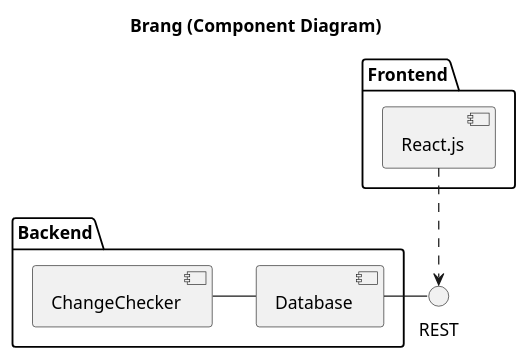
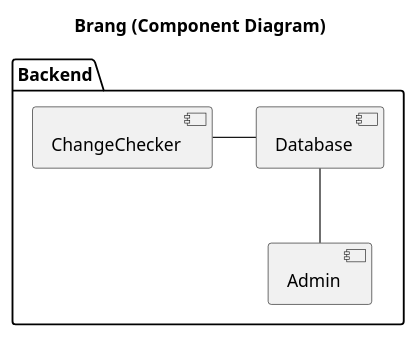
Before and after one commit to DirkSchaefer/brang: the diagram in docs/plant_uml_files/component_diagram.puml, drawn with PlantUML. The commit also changed 11 other files, not shown here.

```diff
--- a/docs/plant_uml_files/component_diagram.puml
+++ b/docs/plant_uml_files/component_diagram.puml
@@ -1,16 +1,17 @@
 @startuml
 skinparam componentStyle uml2
 skinparam monochrome true
 title Brang (Component Diagram)
-interface "REST" as REST
+' interface "REST" as REST
 
 package "Backend" {
 [ChangeChecker]-[Database]
-REST-[Database]
+' REST-[Database]
+[Admin]-up-[Database]
 }
 
-package "Frontend" {
-[React.js] -.> REST
-}
+'package "Frontend" {
+'[React.js] -.> REST
+'}
 
 @enduml
```
